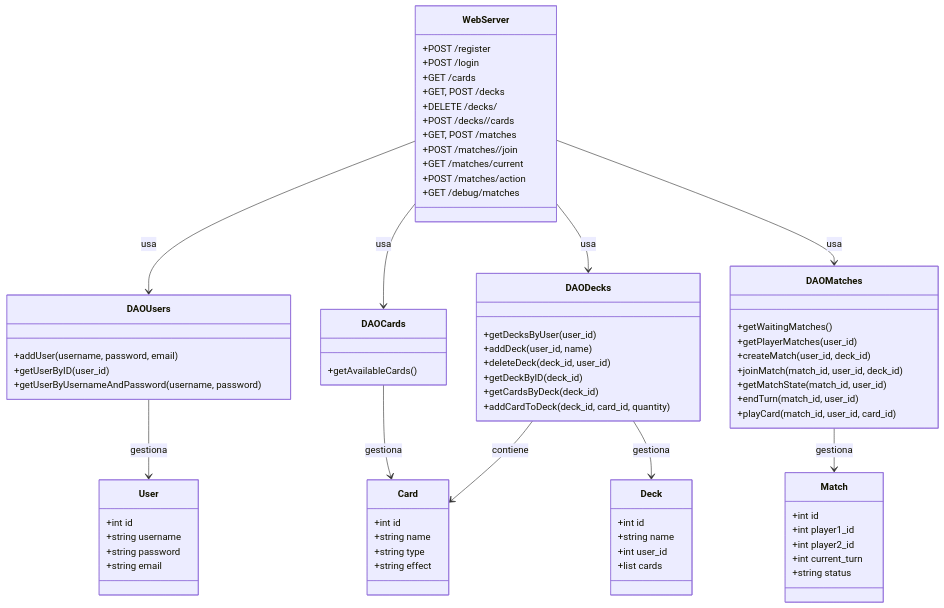
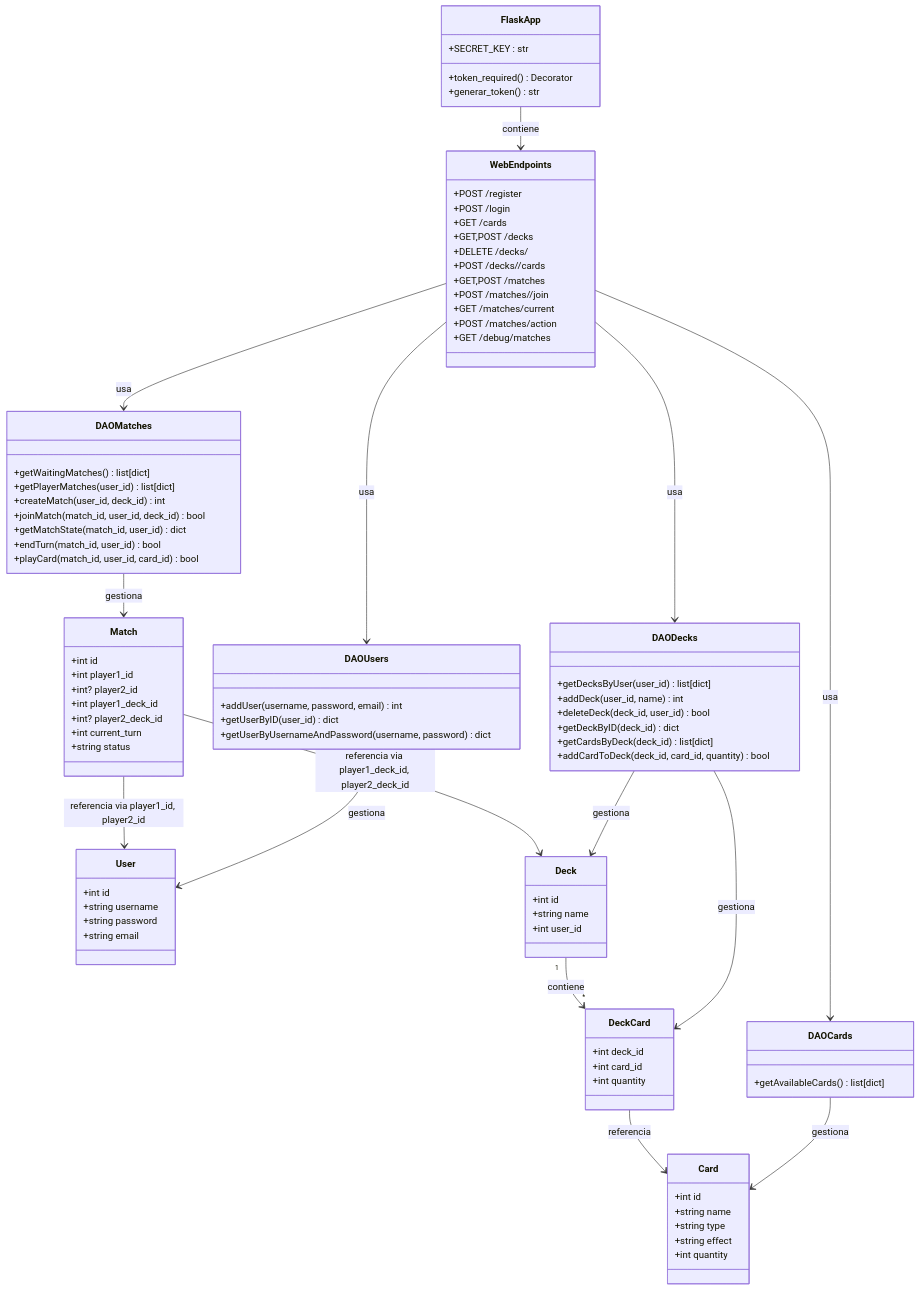
The diagram in Diagramas/DiagramaBackend.mermaid (Dariella06/Rifters), drawn with Mermaid before and after one commit. The commit also changed other lines of this file, not shown here.

Commit message:
Añadiendo cambios del backend, cosas nuevas que tenemos y añadimos

```diff
--- a/Diagramas/DiagramaBackend.mermaid
+++ b/Diagramas/DiagramaBackend.mermaid
@@ -1,83 +1,103 @@
 classDiagram
-    class WebServer {
+    class FlaskApp {
+        +SECRET_KEY : str
+        +token_required() Decorator
+        +generar_token() str
+    }
+
+    class WebEndpoints {
         +POST /register
         +POST /login
         +GET /cards
-        +GET, POST /decks
-        +DELETE /decks/<deck_id>
-        +POST /decks/<deck_id>/cards
-        +GET, POST /matches
-        +POST /matches/<match_id>/join
+        +GET,POST /decks
+        +DELETE /decks/<int:deck_id>
+        +POST /decks/<int:deck_id>/cards
+        +GET,POST /matches
+        +POST /matches/<int:match_id>/join
         +GET /matches/current
         +POST /matches/action
         +GET /debug/matches
     }
 
     class DAOUsers {
-        +addUser(username, password, email)
-        +getUserByID(user_id)
-        +getUserByUsernameAndPassword(username, password)
+        +addUser(username, password, email) int
+        +getUserByID(user_id) dict
+        +getUserByUsernameAndPassword(username, password) dict
     }
 
     class DAOCards {
-        +getAvailableCards()
+        +getAvailableCards() list[dict]
     }
 
     class DAODecks {
-        +getDecksByUser(user_id)
-        +addDeck(user_id, name)
-        +deleteDeck(deck_id, user_id)
-        +getDeckByID(deck_id)
-        +getCardsByDeck(deck_id)
-        +addCardToDeck(deck_id, card_id, quantity)
+        +getDecksByUser(user_id) list[dict]
+        +addDeck(user_id, name) int
+        +deleteDeck(deck_id, user_id) bool
+        +getDeckByID(deck_id) dict
+        +getCardsByDeck(deck_id) list[dict]
+        +addCardToDeck(deck_id, card_id, quantity) bool
     }
 
     class DAOMatches {
-        +getWaitingMatches()
-        +getPlayerMatches(user_id)
-        +createMatch(user_id, deck_id)
-        +joinMatch(match_id, user_id, deck_id)
-        +getMatchState(match_id, user_id)
-        +endTurn(match_id, user_id)
-        +playCard(match_id, user_id, card_id)
+        +getWaitingMatches() list[dict]
+        +getPlayerMatches(user_id) list[dict]
+        +createMatch(user_id, deck_id) int
+        +joinMatch(match_id, user_id, deck_id) bool
+        +getMatchState(match_id, user_id) dict
+        +endTurn(match_id, user_id) bool
+        +playCard(match_id, user_id, card_id) bool
     }
 
     class User {
         +int id
         +string username
         +string password
         +string email
     }
 
     class Card {
         +int id
         +string name
         +string type
         +string effect
+        +int quantity
     }
 
     class Deck {
         +int id
         +string name
         +int user_id
-        +list cards
     }
 
     class Match {
         +int id
         +int player1_id
-        +int player2_id
+        +int? player2_id
+        +int player1_deck_id
+        +int? player2_deck_id
         +int current_turn
         +string status
     }
 
-    WebServer --> DAOUsers : usa
-    WebServer --> DAOCards : usa
-    WebServer --> DAODecks : usa
-    WebServer --> DAOMatches : usa
+    class DeckCard {
+        +int deck_id
+        +int card_id
+        +int quantity
+    }
+
+    FlaskApp --> WebEndpoints : contiene
+    WebEndpoints --> DAOUsers : usa
+    WebEndpoints --> DAOCards : usa
+    WebEndpoints --> DAODecks : usa
+    WebEndpoints --> DAOMatches : usa
 
     DAOUsers --> User : gestiona
     DAOCards --> Card : gestiona
     DAODecks --> Deck : gestiona
-    DAODecks --> Card : contiene
+    DAODecks --> DeckCard : gestiona
     DAOMatches --> Match : gestiona
+
+    Deck "1" --> "*" DeckCard : contiene
+    DeckCard --> Card : referencia
+    Match --> Deck : referencia via player1_deck_id, player2_deck_id
+    Match --> User : referencia via player1_id, player2_id
```
